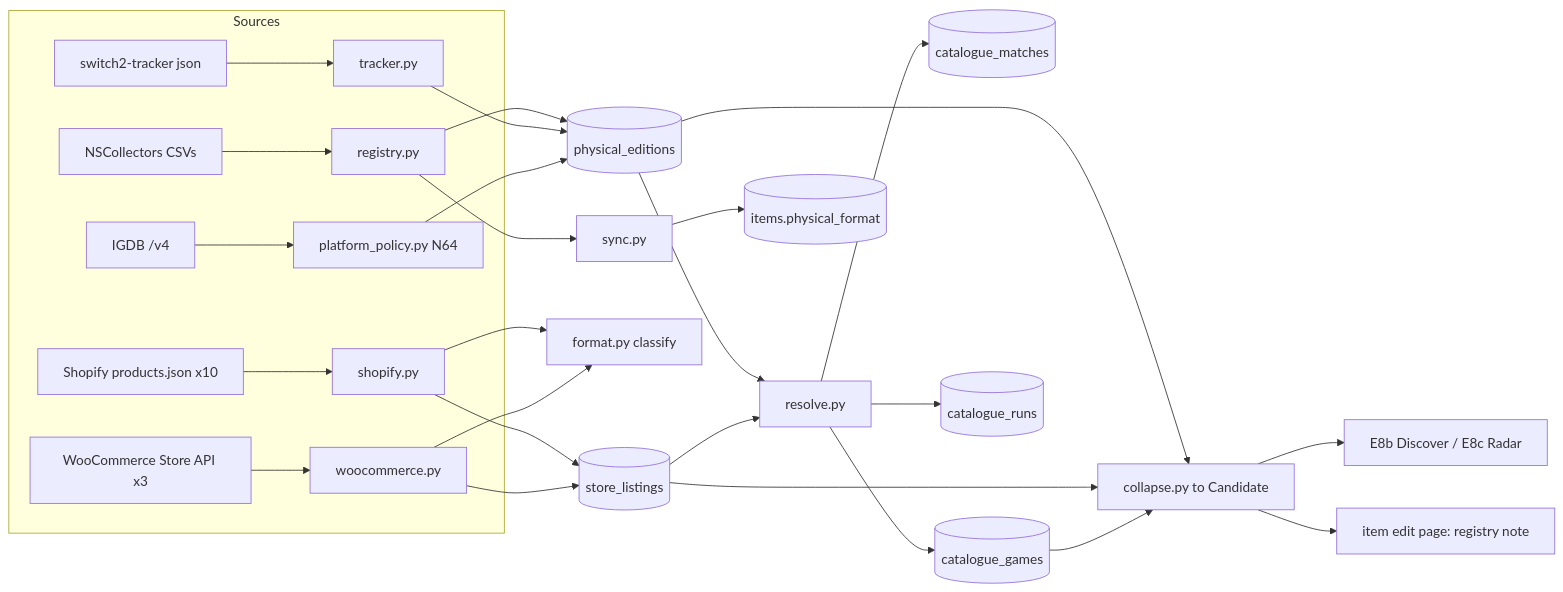
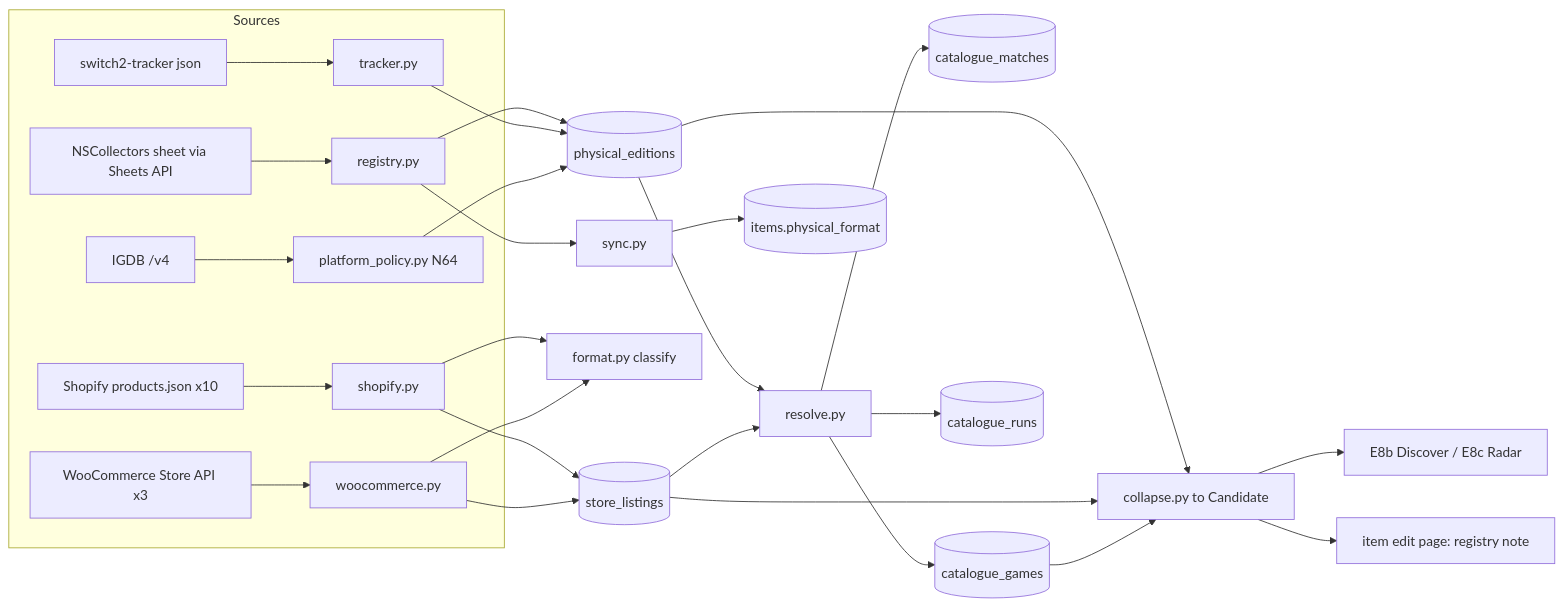
The diagram in docs/planning/2026-09-23-tracker-e7c-design.md (joeyh92989/joey-haas.dev), drawn with Mermaid before and after one commit. The commit also changed other lines of this file and 1 other file, not shown here.

````diff
--- a/docs/planning/2026-09-23-tracker-e7c-design.md
+++ b/docs/planning/2026-09-23-tracker-e7c-design.md
@@ -70,28 +73,28 @@
 ```mermaid
 flowchart LR
   subgraph Sources
-    NS[NSCollectors CSVs] --> RR[registry.py]
+    NS[NSCollectors sheet via Sheets API] --> RR[registry.py]
     S2[switch2-tracker json] --> TR[tracker.py]
     SH[Shopify products.json x10] --> SA[shopify.py]
     WC[WooCommerce Store API x3] --> WA[woocommerce.py]
     IG[IGDB /v4] --> PP[platform_policy.py N64]
   end
   RR --> PE[(physical_editions)]
   TR --> PE
   PP --> PE
   SA --> SL[(store_listings)]
   WA --> SL
   SA --> FC[format.py classify]
   WA --> FC
   PE --> RES[resolve.py]
   SL --> RES
   RES --> CM[(catalogue_matches)]
   RES --> CG[(catalogue_games)]
   PE --> COL[collapse.py to Candidate]
   SL --> COL
   CG --> COL
   COL --> E8[E8b Discover / E8c Radar]
   COL --> NOTE[item edit page: registry note]
   RR --> SYNC[sync.py] --> IT[(items.physical_format)]
   RES --> CR[(catalogue_runs)]
 ```
````
